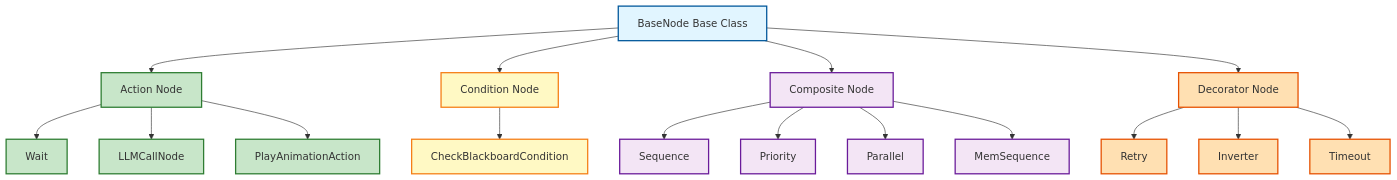
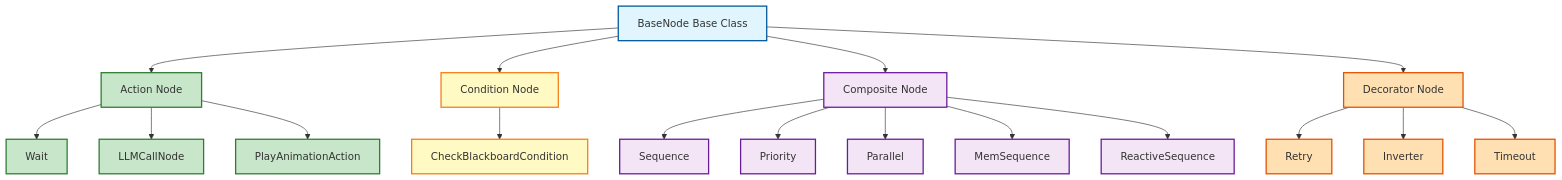
Before and after one commit to tutan123/q_llm_pet: the first of 13 diagrams in docs/BT_Nodes.md, drawn with Mermaid. The commit also changed other lines of this file and 14 other files, not shown here.

````diff
--- a/docs/BT_Nodes.md
+++ b/docs/BT_Nodes.md
@@ -34,40 +34,41 @@
 ```mermaid
 graph TD
     BaseNode[BaseNode Base Class]
     Action[Action Node]
     Condition[Condition Node]
     Composite[Composite Node]
     Decorator[Decorator Node]
     
     BaseNode --> Action
     BaseNode --> Condition
     BaseNode --> Composite
     BaseNode --> Decorator
     
     Action --> Wait[Wait]
     Action --> LLMCall[LLMCallNode]
     Action --> PlayAnim[PlayAnimationAction]
     
     Condition --> CheckBB[CheckBlackboardCondition]
     
     Composite --> Sequence[Sequence]
     Composite --> Priority[Priority]
     Composite --> Parallel[Parallel]
     Composite --> MemSeq[MemSequence]
+    Composite --> ReactiveSeq[ReactiveSequence]
     
     Decorator --> Retry[Retry]
     Decorator --> Inverter[Inverter]
     Decorator --> Timeout[Timeout]
     
     classDef base fill:#e1f5ff,stroke:#01579b,stroke-width:2px
     classDef action fill:#c8e6c9,stroke:#2e7d32,stroke-width:2px
     classDef condition fill:#fff9c4,stroke:#f57f17,stroke-width:2px
     classDef composite fill:#f3e5f5,stroke:#6a1b9a,stroke-width:2px
     classDef decorator fill:#ffe0b2,stroke:#e65100,stroke-width:2px
     
     class BaseNode base
     class Action,Wait,LLMCall,PlayAnim action
     class Condition,CheckBB condition
-    class Composite,Sequence,Priority,Parallel,MemSeq composite
+    class Composite,Sequence,Priority,Parallel,MemSeq,ReactiveSeq composite
     class Decorator,Retry,Inverter,Timeout decorator
 ```
````
